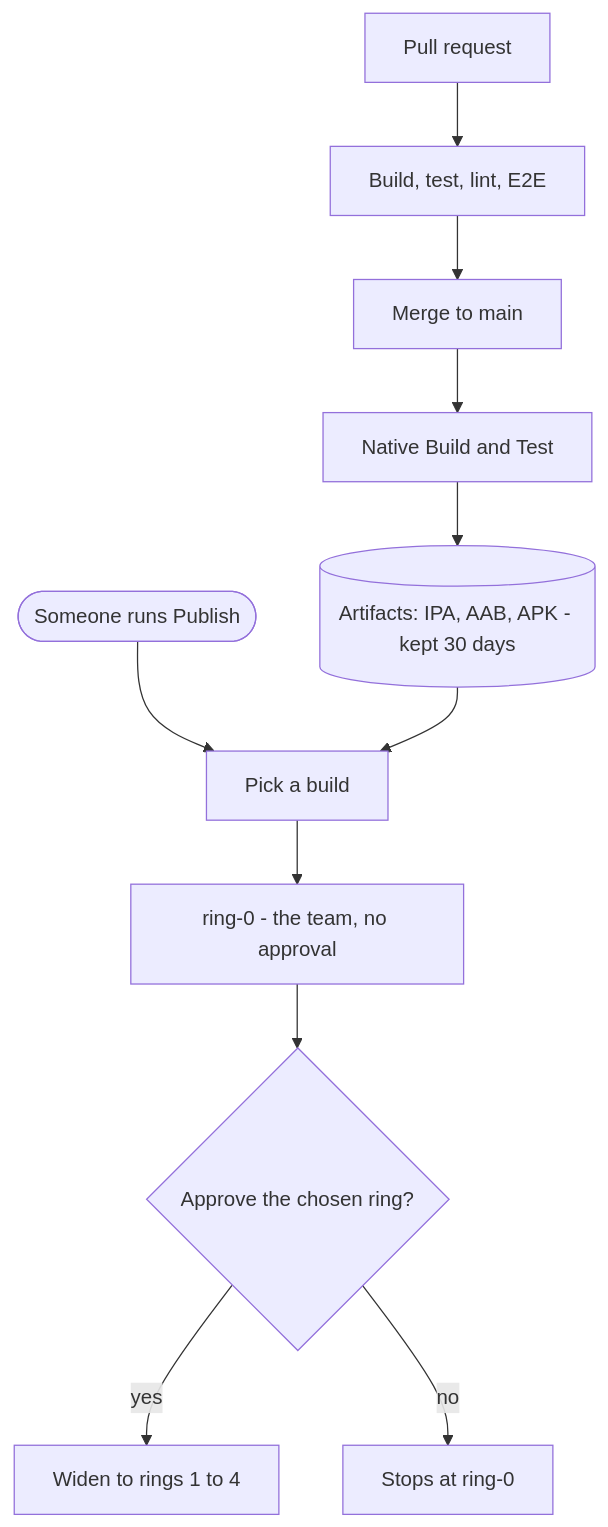
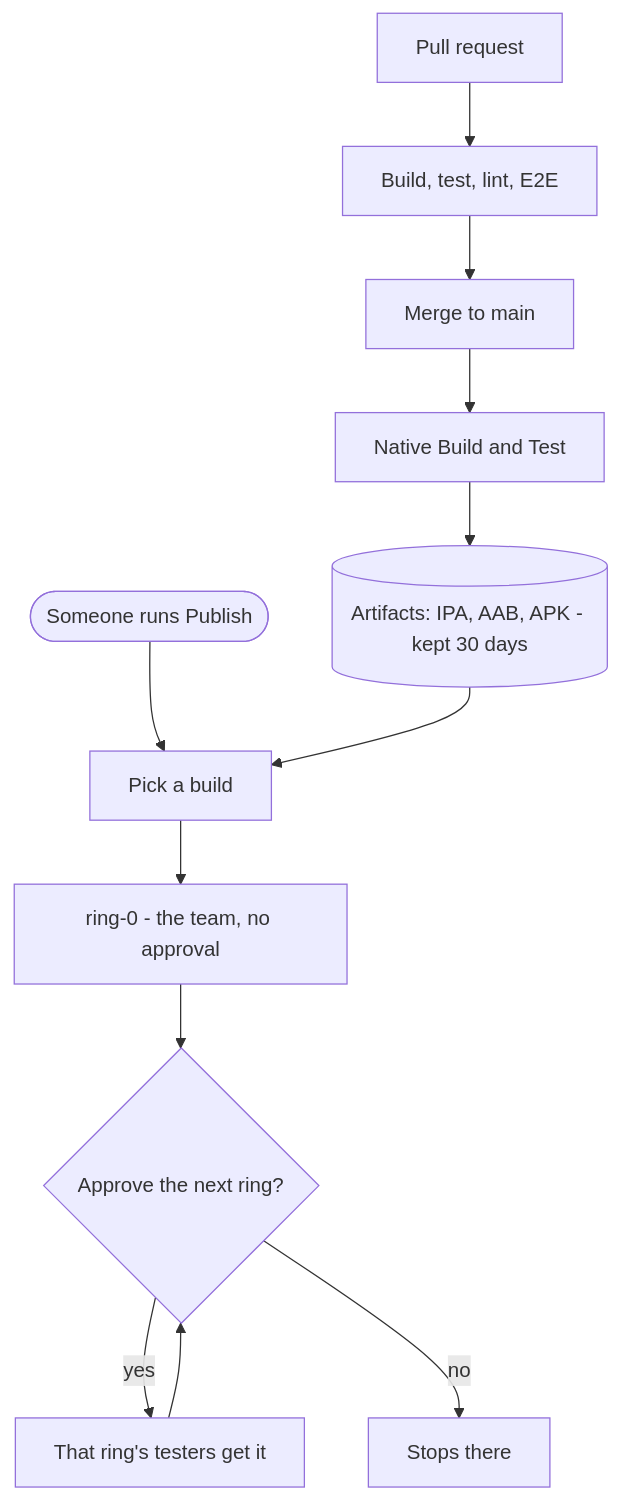
One commit to bcgov/bc-wallet-mobile changed the diagram in docs/ci-cd.md. Above: the diagram before and after it, drawn with Mermaid. The commit also changed other lines of this file and 4 other files, not shown here.

Commit message:
ci: approve each publish ring on the way (#4615)

````diff
--- a/docs/ci-cd.md
+++ b/docs/ci-cd.md
@@ -9,14 +9,14 @@
 ```mermaid
 flowchart TD
     PR[Pull request] --> Q[Build, test, lint, E2E]
     Q --> M[Merge to main]
     M --> B[Native Build and Test]
     B --> A[(Artifacts: IPA, AAB, APK - kept 30 days)]
 
     H([Someone runs Publish]) --> R[Pick a build]
     A --> R
     R --> R0[ring-0 - the team, no approval]
-    R0 --> AP{Approve the chosen ring?}
-    AP -->|yes| W[Widen to rings 1 to 4]
-    AP -->|no| S[Stops at ring-0]
+    R0 --> G{Approve the next ring?}
+    G -->|yes| W[That ring's testers get it] --> G
+    G -->|no| S[Stops there]
 ```
````
